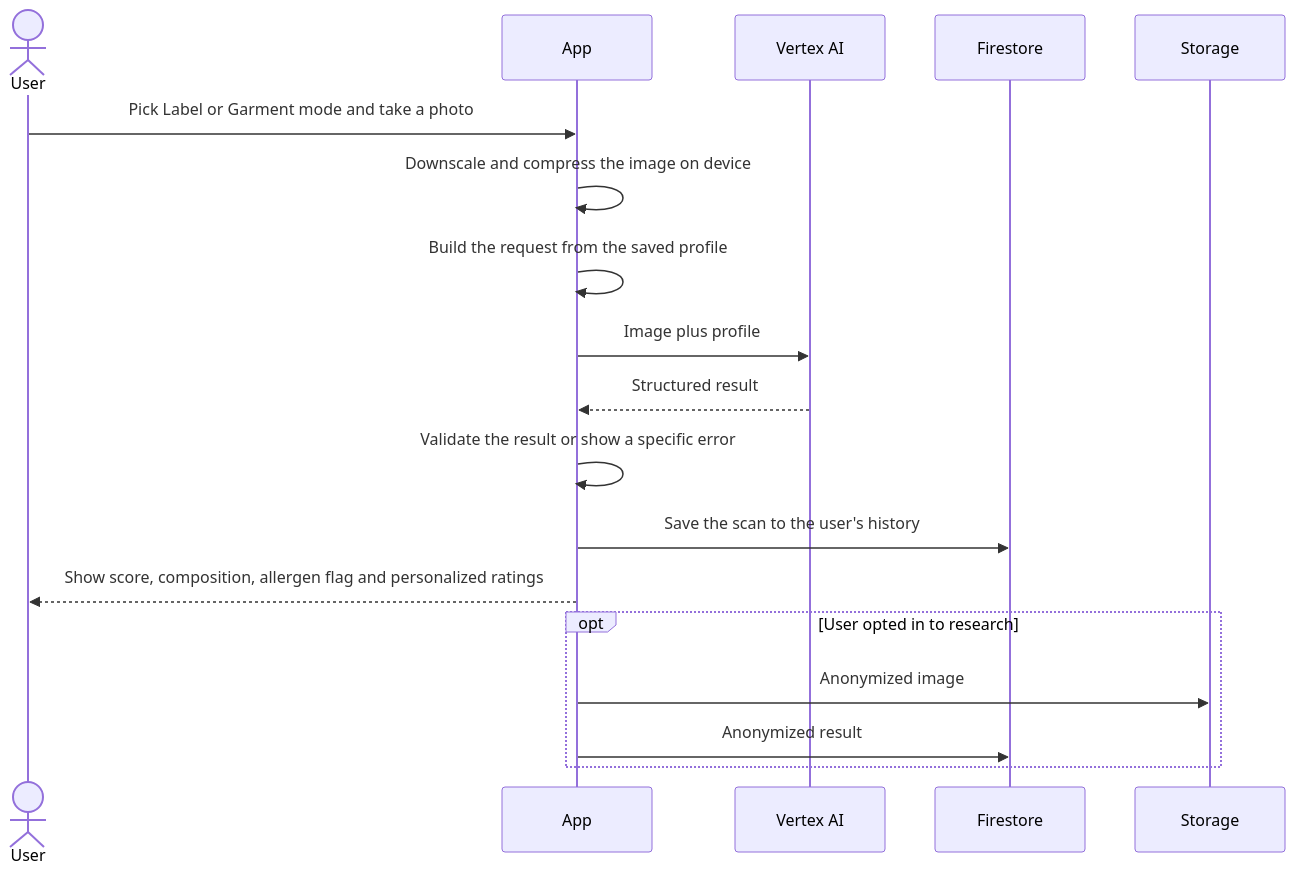
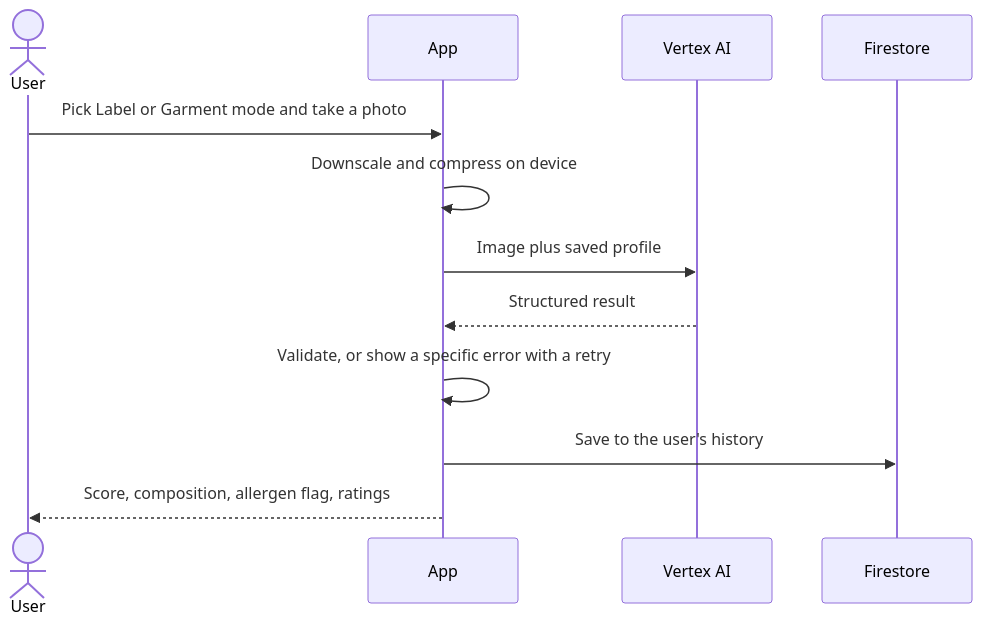
Before and after one commit to MaclaneZich/narm-overview: the second of 2 diagrams in README.md, drawn with Mermaid. The commit also changed other lines of this file and 1 other file, not shown here.

Commit message:
Restructure README around the first screen and add architecture notes

````diff
--- a/README.md
+++ b/README.md
@@ -74,20 +59,14 @@
 ```mermaid
 sequenceDiagram
   actor U as User
   participant A as App
   participant V as Vertex AI
   participant D as Firestore
-  participant S as Storage
   U->>A: Pick Label or Garment mode and take a photo
-  A->>A: Downscale and compress the image on device
-  A->>A: Build the request from the saved profile
-  A->>V: Image plus profile
+  A->>A: Downscale and compress on device
+  A->>V: Image plus saved profile
   V-->>A: Structured result
-  A->>A: Validate the result or show a specific error
-  A->>D: Save the scan to the user's history
-  A-->>U: Show score, composition, allergen flag and personalized ratings
-  opt User opted in to research
-    A->>S: Anonymized image
-    A->>D: Anonymized result
-  end
+  A->>A: Validate, or show a specific error with a retry
+  A->>D: Save to the user's history
+  A-->>U: Score, composition, allergen flag, ratings
 ```
````
